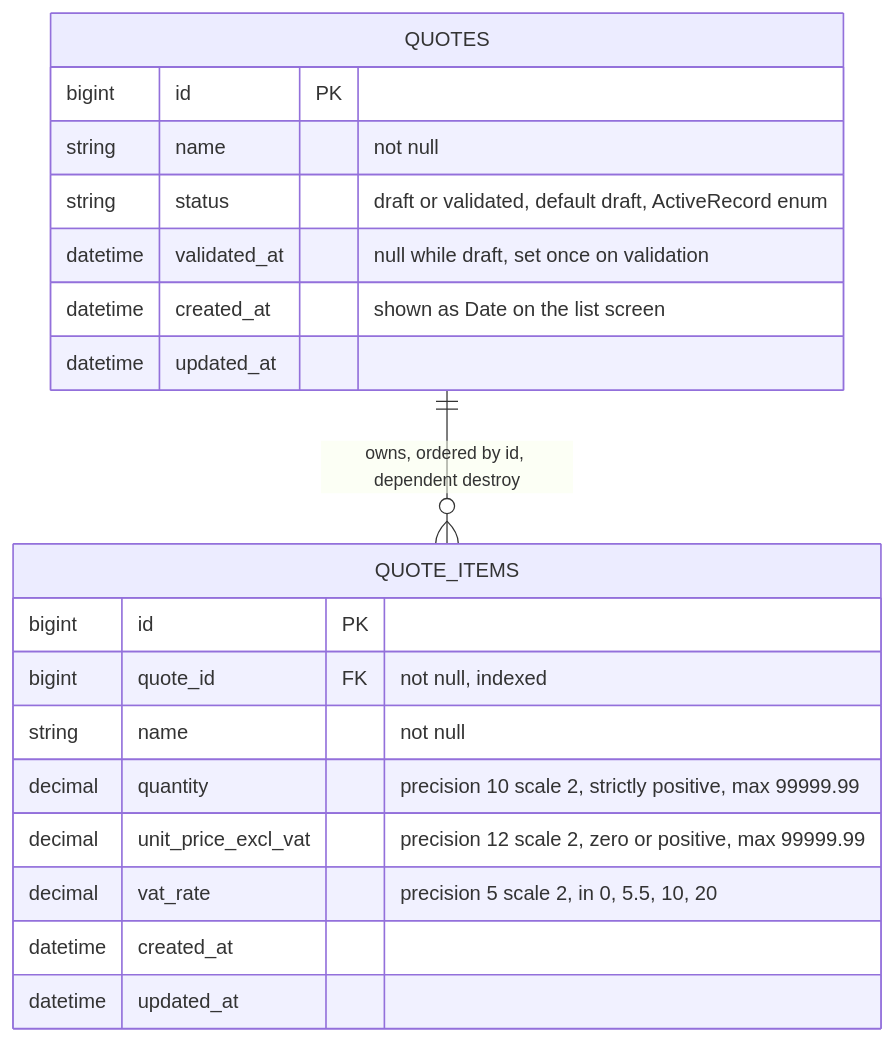
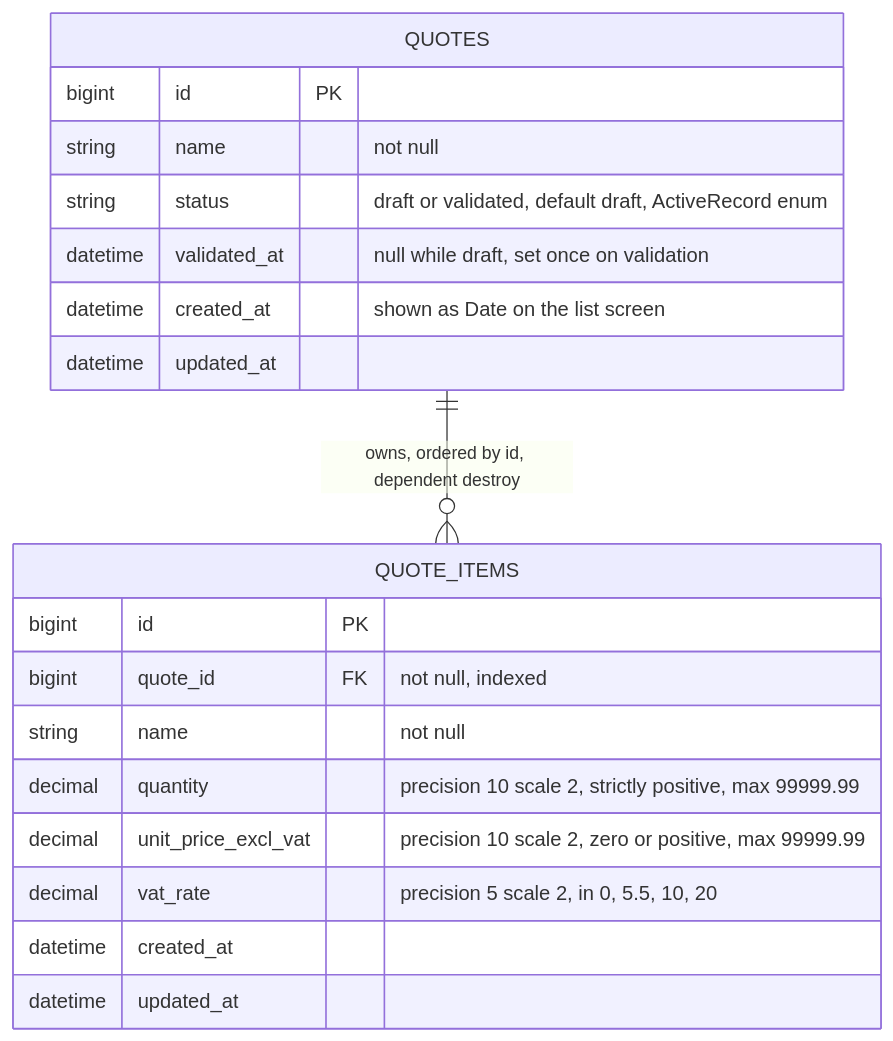
One commit to acouprie/kactus_quote changed the second of 4 diagrams in docs/architecture.md. Above: the diagram before and after it, drawn with Mermaid. The commit also changed 3 other files, not shown here.

Commit message:
:zap: both quantity and unit_price_excl_vat share the same precision in db

````diff
--- a/docs/architecture.md
+++ b/docs/architecture.md
@@ -76,24 +76,24 @@
 ```mermaid
 erDiagram
     QUOTES ||--o{ QUOTE_ITEMS : "owns, ordered by id, dependent destroy"
 
     QUOTES {
         bigint id PK
         string name "not null"
         string status "draft or validated, default draft, ActiveRecord enum"
         datetime validated_at "null while draft, set once on validation"
         datetime created_at "shown as Date on the list screen"
         datetime updated_at
     }
 
     QUOTE_ITEMS {
         bigint id PK
         bigint quote_id FK "not null, indexed"
         string name "not null"
         decimal quantity "precision 10 scale 2, strictly positive, max 99999.99"
-        decimal unit_price_excl_vat "precision 12 scale 2, zero or positive, max 99999.99"
+        decimal unit_price_excl_vat "precision 10 scale 2, zero or positive, max 99999.99"
         decimal vat_rate "precision 5 scale 2, in 0, 5.5, 10, 20"
         datetime created_at
         datetime updated_at
     }
 ```
````
